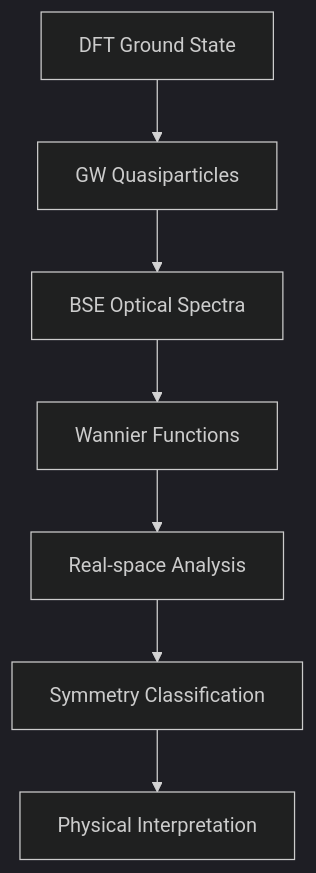
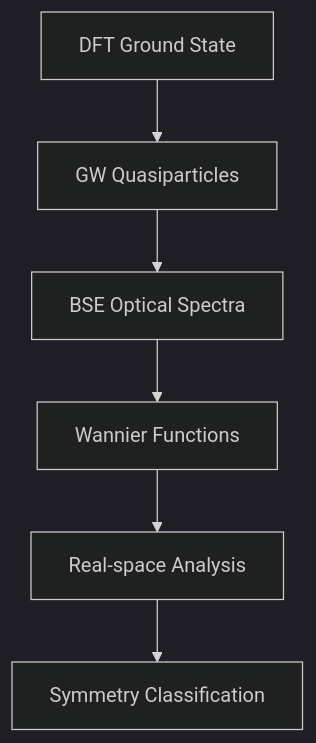
Before and after one commit to yambo-code/yambopy: the diagram in docs/QuREX-book/content/software/software.md, drawn with Mermaid (dark theme). The commit also changed other lines of this file and 18 other files, not shown here.

````diff
--- a/docs/QuREX-book/content/software/software.md
+++ b/docs/QuREX-book/content/software/software.md
@@ -82,9 +57,8 @@
 ```mermaid
 graph TD
     A[DFT Ground State] --> B[GW Quasiparticles]
     B --> C[BSE Optical Spectra]
     C --> D[Wannier Functions]
     D --> E[Real-space Analysis]
     E --> F[Symmetry Classification]
-    F --> G[Physical Interpretation]
 ```
````
